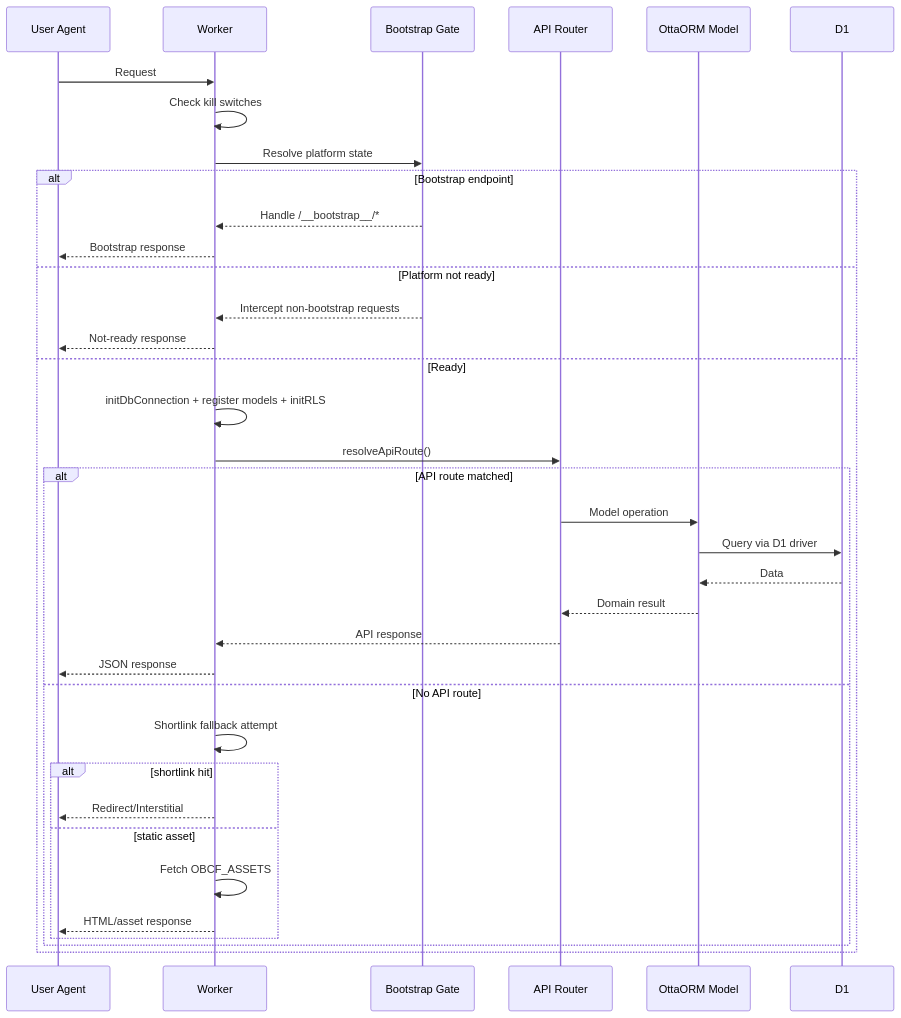
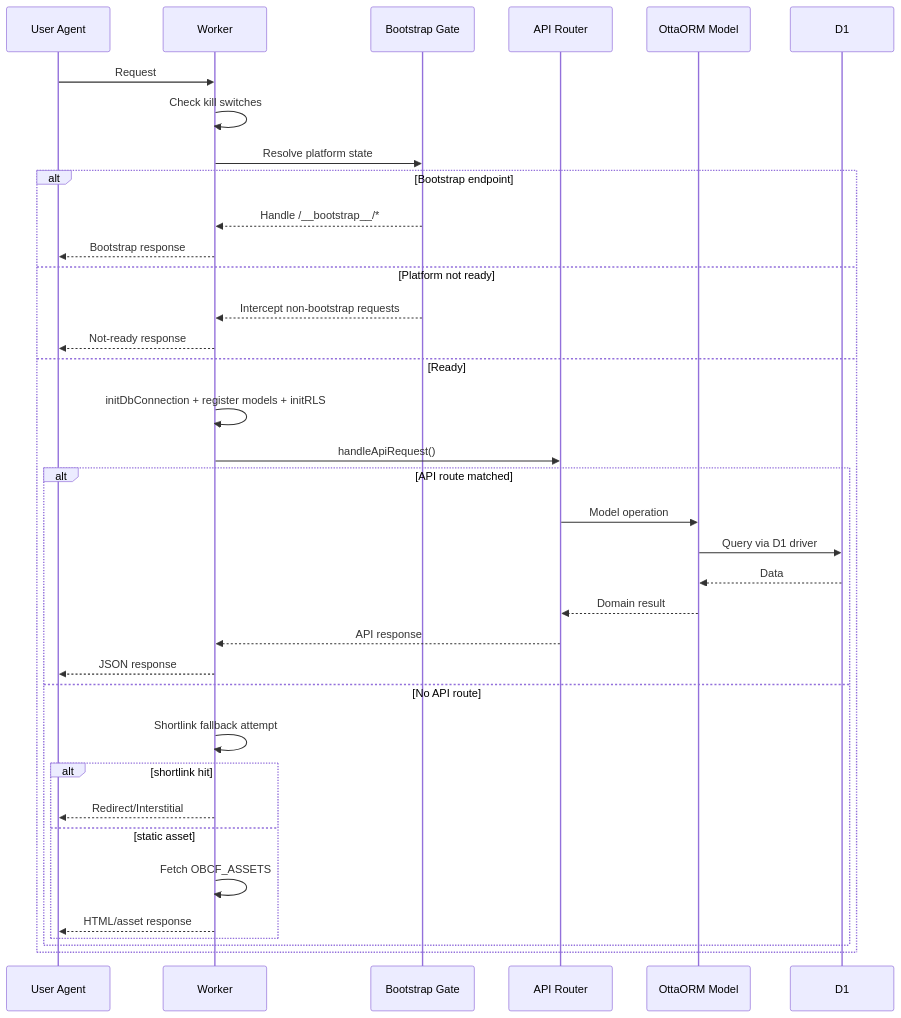
Before and after one commit to thinkdj/ottabase: the fifth of 13 diagrams in ARCHITECTURE.md, drawn with Mermaid. The commit also changed other lines of this file and 20 other files, not shown here.

````diff
--- a/ARCHITECTURE.md
+++ b/ARCHITECTURE.md
@@ -169,41 +170,41 @@
 ```mermaid
 sequenceDiagram
     participant U as User Agent
     participant W as Worker
     participant B as Bootstrap Gate
     participant R as API Router
     participant M as OttaORM Model
     participant D as D1
 
     U->>W: Request
     W->>W: Check kill switches
     W->>B: Resolve platform state
 
     alt Bootstrap endpoint
         B-->>W: Handle /__bootstrap__/*
         W-->>U: Bootstrap response
     else Platform not ready
         B-->>W: Intercept non-bootstrap requests
         W-->>U: Not-ready response
     else Ready
         W->>W: initDbConnection + register models + initRLS
-        W->>R: resolveApiRoute()
+        W->>R: handleApiRequest()
 
         alt API route matched
             R->>M: Model operation
             M->>D: Query via D1 driver
             D-->>M: Data
             M-->>R: Domain result
             R-->>W: API response
             W-->>U: JSON response
         else No API route
             W->>W: Shortlink fallback attempt
             alt shortlink hit
                 W-->>U: Redirect/Interstitial
             else static asset
                 W->>W: Fetch OBCF_ASSETS
                 W-->>U: HTML/asset response
             end
         end
     end
 ```
````
